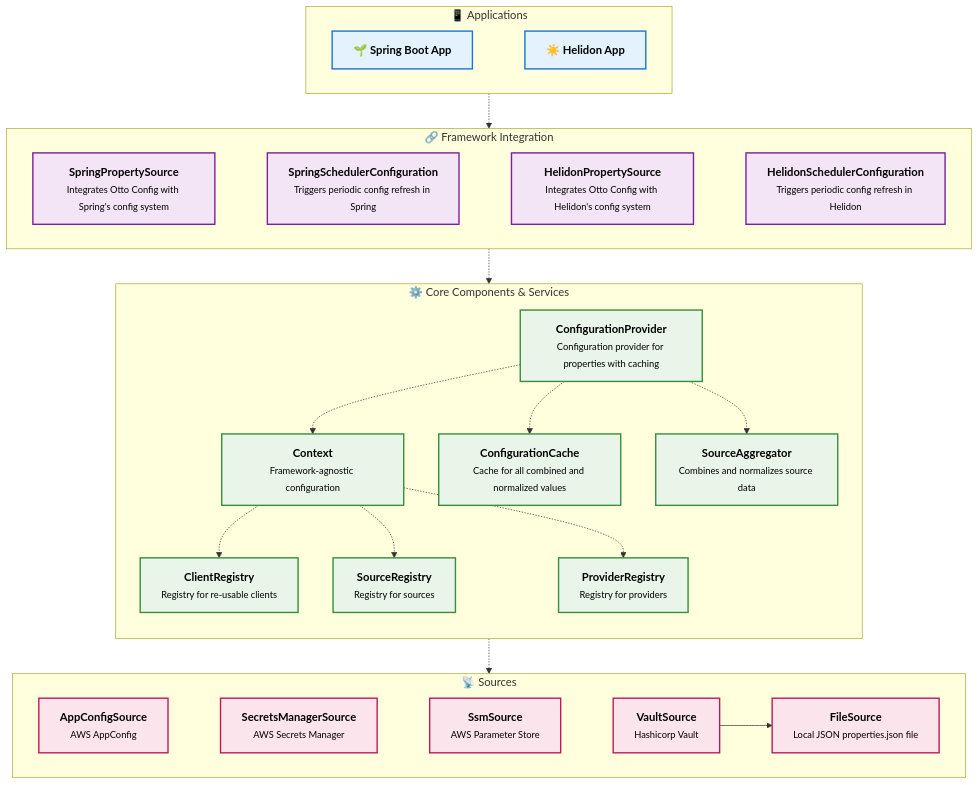
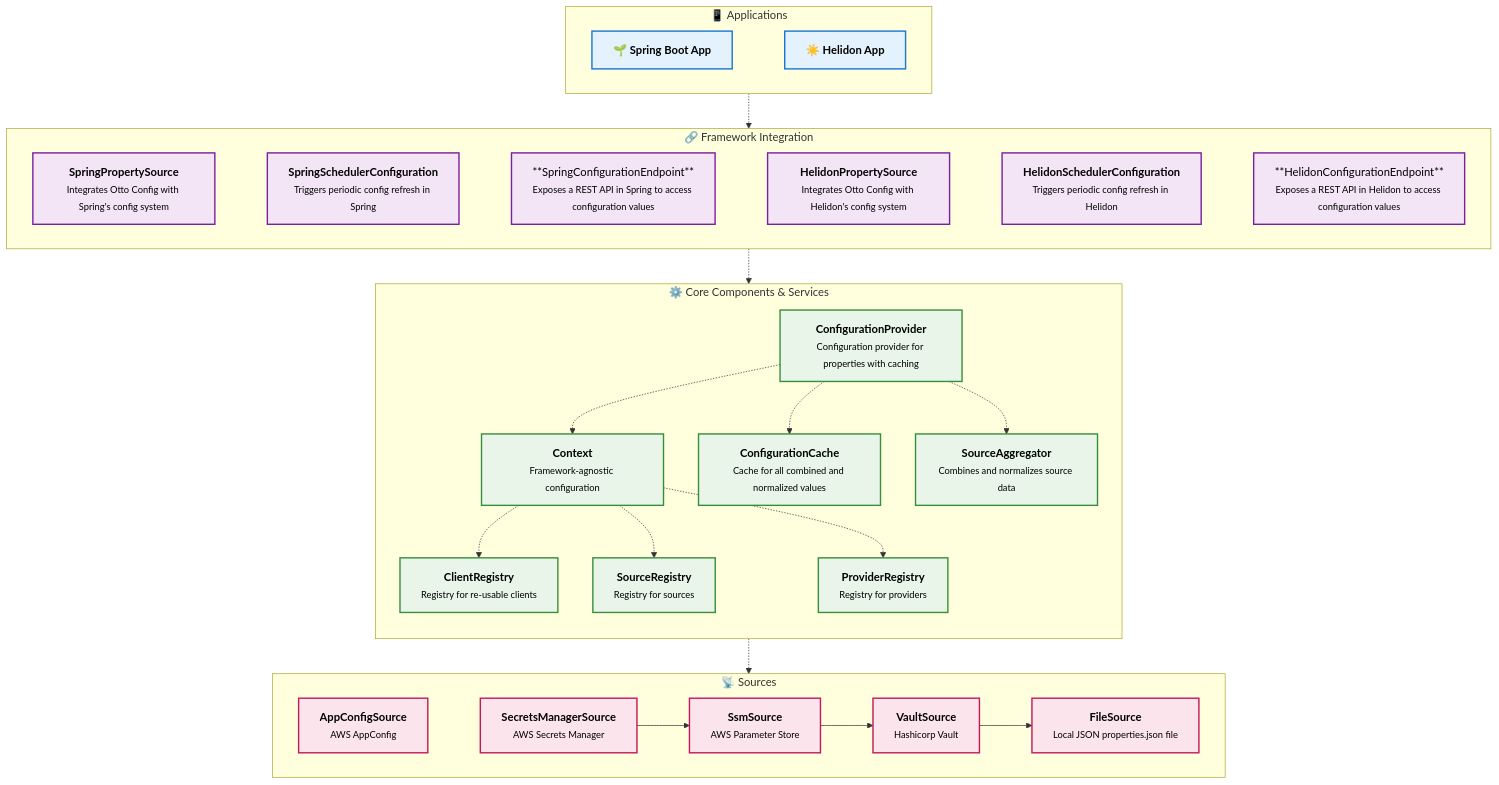
Before and after one commit to otto-de/otto-config: the second of 3 diagrams in docs/ADVANCED.md, drawn with Mermaid. The commit also changed other lines of this file and 31 other files, not shown here.

First line of the commit message:
feat: Add REST API for centralized configuration access

````diff
--- a/docs/ADVANCED.md
+++ b/docs/ADVANCED.md
@@ -35,69 +36,71 @@
 ```mermaid
 flowchart TD
 
     %% Applications
     subgraph A[📱 Applications]
         A1[🌱 <b>Spring Boot App</b>] -->
         A2[☀️ <b>Helidon App</b>]
     end
 
     %% Framework Integration
     subgraph B[🔗 Framework Integration]
         B1[<b>SpringPropertySource</b><br/><small>Integrates Otto Config with Spring's config system</small>] --> 
-        B2[<b>SpringSchedulerConfiguration</b><br/><small>Triggers periodic config refresh in Spring</small>]  --> 
-        B3[<b>HelidonPropertySource</b><br/><small>Integrates Otto Config with Helidon's config system</small>] --> 
-        B4[<b>HelidonSchedulerConfiguration</b><br/><small>Triggers periodic config refresh in Helidon</small>]
+        B2[<b>SpringSchedulerConfiguration</b><br/><small>Triggers periodic config refresh in Spring</small>]  -->
+        B3[**SpringConfigurationEndpoint**<br/><small>Exposes a REST API in Spring to access configuration values</small>] -->  
+        B4[<b>HelidonPropertySource</b><br/><small>Integrates Otto Config with Helidon's config system</small>] --> 
+        B5[<b>HelidonSchedulerConfiguration</b><br/><small>Triggers periodic config refresh in Helidon</small>] --> 
+        B6[**HelidonConfigurationEndpoint**<br/><small>Exposes a REST API in Helidon to access configuration values</small>]
     end
 
     %% Core Components
     subgraph C[⚙️ Core Components & Services]
         direction TB
         C1[<b>ConfigurationProvider</b><br/><small>Configuration provider for properties with caching</small>]
         C3[<b>Context</b><br/><small>Framework-agnostic configuration</small>]
         C4[<b>ConfigurationCache</b><br/><small>Cache for all combined and normalized values</small>]
         C5[<b>SourceAggregator</b><br/><small>Combines and normalizes source data</small>]
         C6[<b>ClientRegistry</b><br/><small>Registry for re-usable clients</small>]
         C7[<b>SourceRegistry</b><br/><small>Registry for sources</small>]
         C8[<b>ProviderRegistry</b><br/><small>Registry for providers</small>]
     end
 
     %% Sources
     subgraph D[📡 Sources]
         D1[<b>AppConfigSource</b><br/><small>AWS AppConfig</small>] --> D2[<b>SecretsManagerSource</b><br/><small>AWS Secrets Manager</small>]  --> D3[<b>SsmSource</b><br/><small>AWS Parameter Store</small>] --> D4[<b>VaultSource</b><br/><small>Hashicorp Vault</small>] --> D5[<b>FileSource</b><br/><small>Local JSON properties.json file</small>]
     end
 
     %% Internal connections (simplified)
     A -.-> B
     B -.-> C
     C -.-> D
 
     C1 -.-> C3
     C1 -.-> C4
     C1 -.-> C5
 
     C3 -.-> C6
     C3 -.-> C7
     C3 -.-> C8
 
     %% Styling
     classDef subgraphStyle fill:#f9f9f9,stroke:#333,stroke-width:2px,color:#000
     classDef appStyle fill:#e3f2fd,stroke:#1976d2,stroke-width:2px,color:#000
     classDef frameworkStyle fill:#f3e5f5,stroke:#7b1fa2,stroke-width:2px,color:#000
     classDef coreStyle fill:#e8f5e8,stroke:#388e3c,stroke-width:2px,color:#000
     classDef sourceStyle fill:#fce4ec,stroke:#c2185b,stroke-width:2px,color:#000
     classDef externalStyle fill:#ffebee,stroke:#d32f2f,stroke-width:2px,color:#000
 
     class A1,A2 appStyle
-    class B1,B2,B3,B4 frameworkStyle
+    class B1,B2,B3,B4,B5,B6 frameworkStyle
     class C1,C3,C4,C5,C6,C7,C8,C8 coreStyle
     class D1,D2,D3,D4,D5 sourceStyle
 
     %% Style invisible links
     linkStyle 0 stroke:transparent,stroke-width:0px
     linkStyle 1 stroke:transparent,stroke-width:0px
     linkStyle 2 stroke:transparent,stroke-width:0px
     linkStyle 3 stroke:transparent,stroke-width:0px
     linkStyle 4 stroke:transparent,stroke-width:0px
     linkStyle 5 stroke:transparent,stroke-width:0px
     linkStyle 6 stroke:transparent,stroke-width:0px
 ```
````
